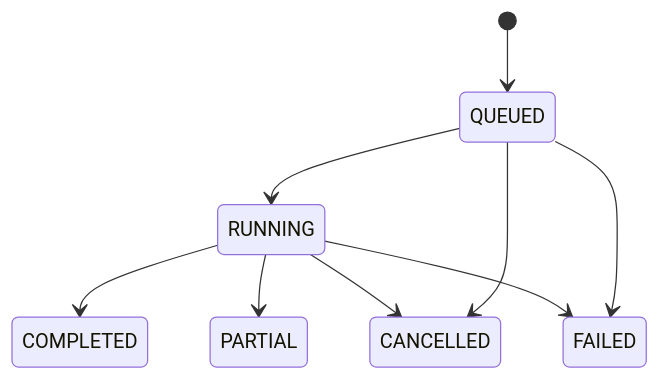
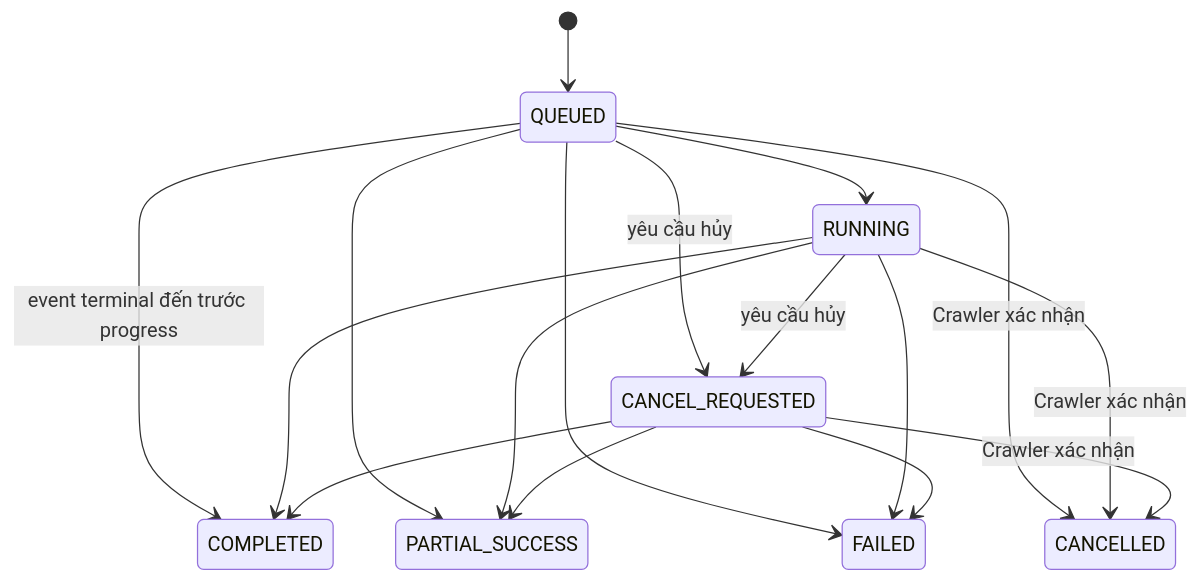
Before and after one commit to hoangptkd/weblens: the second of 2 diagrams in docs/ARCHITECTURE.md, drawn with Mermaid. The commit also changed other lines of this file and 91 other files, not shown here.

````diff
--- a/docs/ARCHITECTURE.md
+++ b/docs/ARCHITECTURE.md
@@ -215,11 +216,19 @@
 ```mermaid
 stateDiagram-v2
     [*] --> QUEUED
     QUEUED --> RUNNING
-    QUEUED --> CANCELLED
+    QUEUED --> CANCEL_REQUESTED : yêu cầu hủy
+    QUEUED --> COMPLETED : event terminal đến trước progress
+    QUEUED --> PARTIAL_SUCCESS
+    QUEUED --> CANCELLED : Crawler xác nhận
     QUEUED --> FAILED
+    RUNNING --> CANCEL_REQUESTED : yêu cầu hủy
     RUNNING --> COMPLETED
-    RUNNING --> PARTIAL
+    RUNNING --> PARTIAL_SUCCESS
     RUNNING --> FAILED
-    RUNNING --> CANCELLED
+    RUNNING --> CANCELLED : Crawler xác nhận
+    CANCEL_REQUESTED --> COMPLETED
+    CANCEL_REQUESTED --> PARTIAL_SUCCESS
+    CANCEL_REQUESTED --> FAILED
+    CANCEL_REQUESTED --> CANCELLED : Crawler xác nhận
 ```
````
